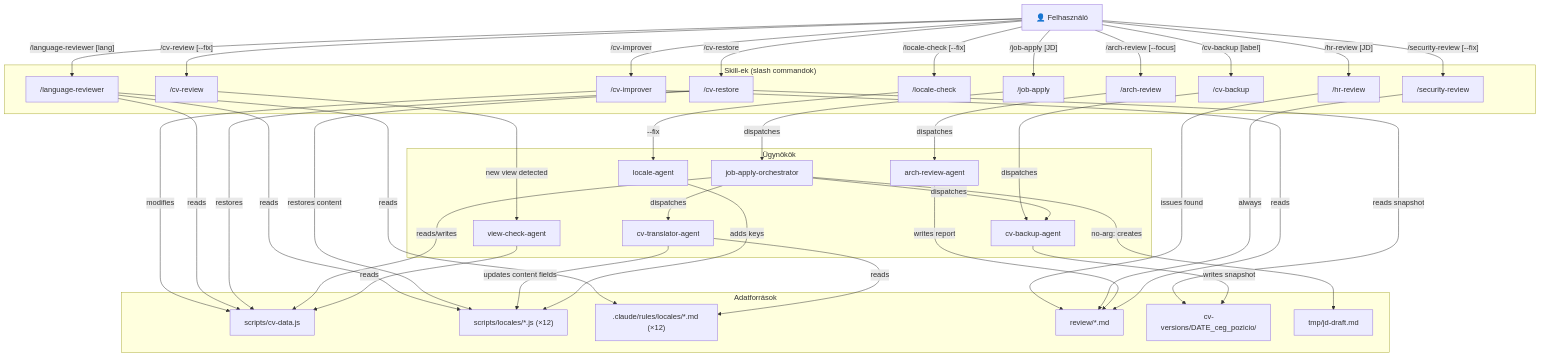
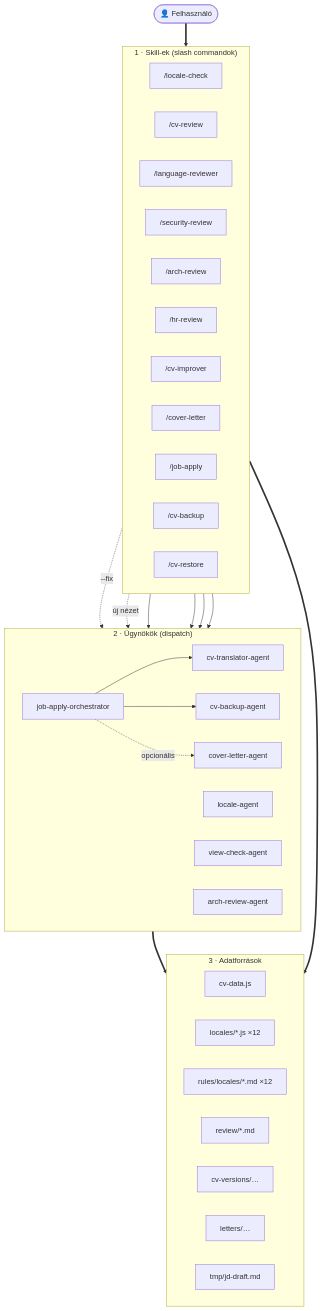
One commit to exphoenee/CV changed the first of 4 diagrams in devdocs/ai-workflow.md. Above: the diagram before and after it, drawn with Mermaid. The commit also changed other lines of this file and 5 other files, not shown here.

````diff
--- a/devdocs/ai-workflow.md
+++ b/devdocs/ai-workflow.md
@@ -11,74 +13,60 @@
 ```mermaid
 graph TD
-    User["👤 Felhasználó"]
+    User(["👤 Felhasználó"])
 
-    subgraph Skills["Skill-ek (slash commandok)"]
+    subgraph Skills["1 · Skill-ek (slash commandok)"]
+        direction LR
         LC["/locale-check"]
         CR["/cv-review"]
+        LR["/language-reviewer"]
+        SR["/security-review"]
+        AR["/arch-review"]
         HR["/hr-review"]
         CI["/cv-improver"]
-        LR["/language-reviewer"]
-        SR["/security-review"]
+        CL["/cover-letter"]
+        JA["/job-apply"]
         CB["/cv-backup"]
         CVR["/cv-restore"]
-        JA["/job-apply"]
-        AR["/arch-review"]
     end
 
-    subgraph Agents["Ügynökök"]
-        LA["locale-agent"]
-        VCA["view-check-agent"]
+    subgraph Agents["2 · Ügynökök (dispatch)"]
+        direction LR
         JAO["job-apply-orchestrator"]
         CTA["cv-translator-agent"]
         CBA["cv-backup-agent"]
+        CLA["cover-letter-agent"]
+        LA["locale-agent"]
+        VCA["view-check-agent"]
         ARA["arch-review-agent"]
     end
 
-    subgraph Data["Adatforrások"]
-        CVD["scripts/cv-data.js"]
-        LOC["scripts/locales/*.js (×12)"]
-        RULES[".claude/rules/locales/*.md (×12)"]
+    subgraph Data["3 · Adatforrások"]
+        direction LR
+        CVD["cv-data.js"]
+        LOC["locales/*.js ×12"]
+        RULES["rules/locales/*.md ×12"]
         REV["review/*.md"]
-        VER["cv-versions/DATE_ceg_pozicio/"]
+        VER["cv-versions/…"]
+        LET["letters/…"]
         TMP["tmp/jd-draft.md"]
     end
 
-    User -->|"/locale-check [--fix]"| LC
-    User -->|"/cv-review [--fix]"| CR
-    User -->|"/hr-review [JD]"| HR
-    User -->|"/cv-improver <report>"| CI
-    User -->|"/language-reviewer [lang]"| LR
-    User -->|"/security-review [--fix]"| SR
-    User -->|"/cv-backup [label]"| CB
-    User -->|"/cv-restore <folder>"| CVR
-    User -->|"/job-apply [JD]"| JA
-    User -->|"/arch-review [--focus]"| AR
+    User ==> Skills
 
-    LC -->|"--fix"| LA
-    CR -->|"new view detected"| VCA
-    HR -->|"issues found"| REV
-    SR -->|"always"| REV
-    AR -->|dispatches| ARA
-    ARA -->|writes report| REV
-    CI -->|reads| REV
-    CI -->|modifies| CVD
-    LR -->|reads| RULES
-    LR -->|reads| LOC
-    LR -->|reads| CVD
-    CB -->|dispatches| CBA
-    CVR -->|reads snapshot| VER
-    CVR -->|restores| CVD
-    CVR -->|restores content| LOC
-    JA -->|dispatches| JAO
+    %% Skill → ügynök dispatch (a szaggatott él feltételes)
+    LC -. --fix .-> LA
+    CR -. új nézet .-> VCA
+    AR --> ARA
+    CB --> CBA
+    CL --> CLA
+    JA --> JAO
 
-    JAO -->|"no-arg: creates"| TMP
-    JAO -->|reads/writes| CVD
-    JAO -->|dispatches| CTA
-    JAO -->|dispatches| CBA
-    CTA -->|reads| RULES
-    CTA -->|updates content fields| LOC
-    CBA -->|writes snapshot| VER
+    %% Orchestrator → al-ügynökök
+    JAO --> CTA
+    JAO --> CBA
+    JAO -. opcionális .-> CLA
 
-    LA -->|adds keys| LOC
-    VCA -->|reads| CVD
+    %% Réteg → adat (összevont hozzáférés)
+    Skills ==> Data
+    Agents ==> Data
 ```
````
